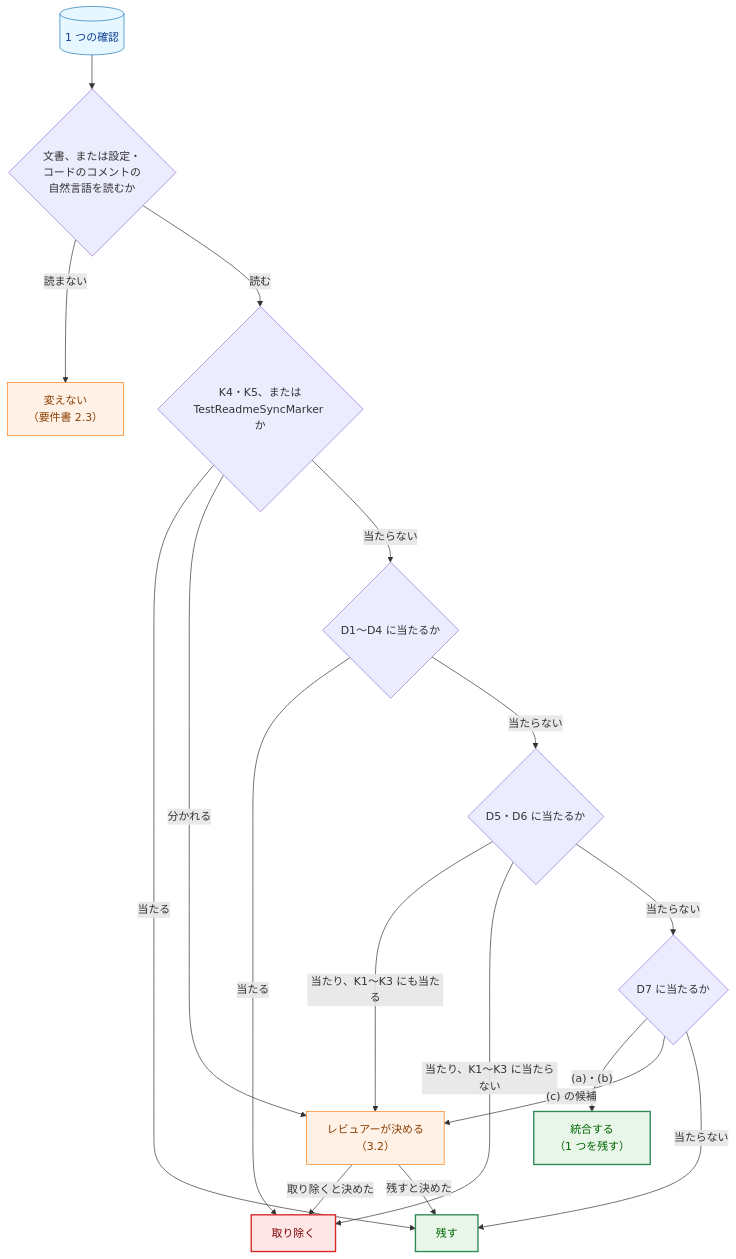
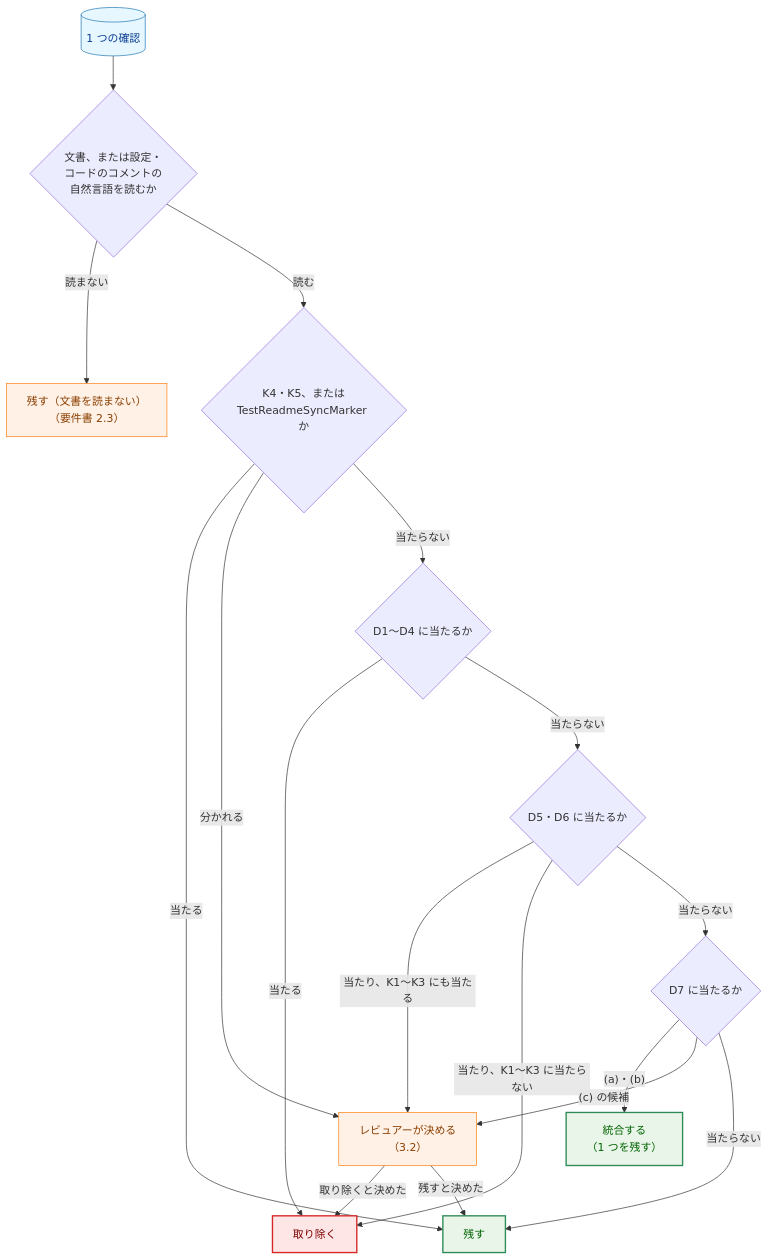
One commit to isseis/yt2column changed the first of 10 diagrams in docs/tasks/0052_doc_test_pruning/02_architecture.md. Above: the diagram before and after it, drawn with Mermaid. The commit also changed other lines of this file, not shown here.

````diff
--- a/docs/tasks/0052_doc_test_pruning/02_architecture.md
+++ b/docs/tasks/0052_doc_test_pruning/02_architecture.md
@@ -60,30 +61,30 @@
 ```mermaid
 flowchart TD
     classDef data fill:#e6f7ff,stroke:#1f77b4,stroke-width:1px,color:#0b3d91;
     classDef process fill:#fff1e6,stroke:#ff7f0e,stroke-width:1px,color:#8a3e00;
     classDef enhanced fill:#e8f5e8,stroke:#2e8b57,stroke-width:2px,color:#006400;
     classDef problem fill:#ffe6e6,stroke:#d62728,stroke-width:2px,color:#7b0000;
 
     C[("1 つの確認")] --> Q0{"文書、または設定・<br>コードのコメントの<br>自然言語を読むか"}
-    Q0 -->|"読まない"| OOS["変えない<br>（要件書 2.3）"]
+    Q0 -->|"読まない"| OOS["残す（文書を読まない）<br>（要件書 2.3）"]
     Q0 -->|"読む"| Q1{"K4・K5、または<br>TestReadmeSyncMarker か"}
     Q1 -->|"当たる"| KEEP["残す"]
     Q1 -->|"分かれる"| JUDGE["レビュアーが決める<br>（3.2）"]
     Q1 -->|"当たらない"| Q2{"D1〜D4 に当たるか"}
     Q2 -->|"当たる"| DEL["取り除く"]
     Q2 -->|"当たらない"| Q3{"D5・D6 に当たるか"}
     Q3 -->|"当たり、K1〜K3 にも当たる"| JUDGE
     Q3 -->|"当たり、K1〜K3 に当たらない"| DEL
     Q3 -->|"当たらない"| Q4{"D7 に当たるか"}
     Q4 -->|"(a)・(b)"| MERGE["統合する<br>（1 つを残す）"]
     Q4 -->|"(c) の候補"| JUDGE
     Q4 -->|"当たらない"| KEEP
     JUDGE -->|"取り除くと決めた"| DEL
     JUDGE -->|"残すと決めた"| KEEP
 
     class C data
     class OOS process
     class KEEP,MERGE enhanced
     class JUDGE process
     class DEL problem
 ```
````
